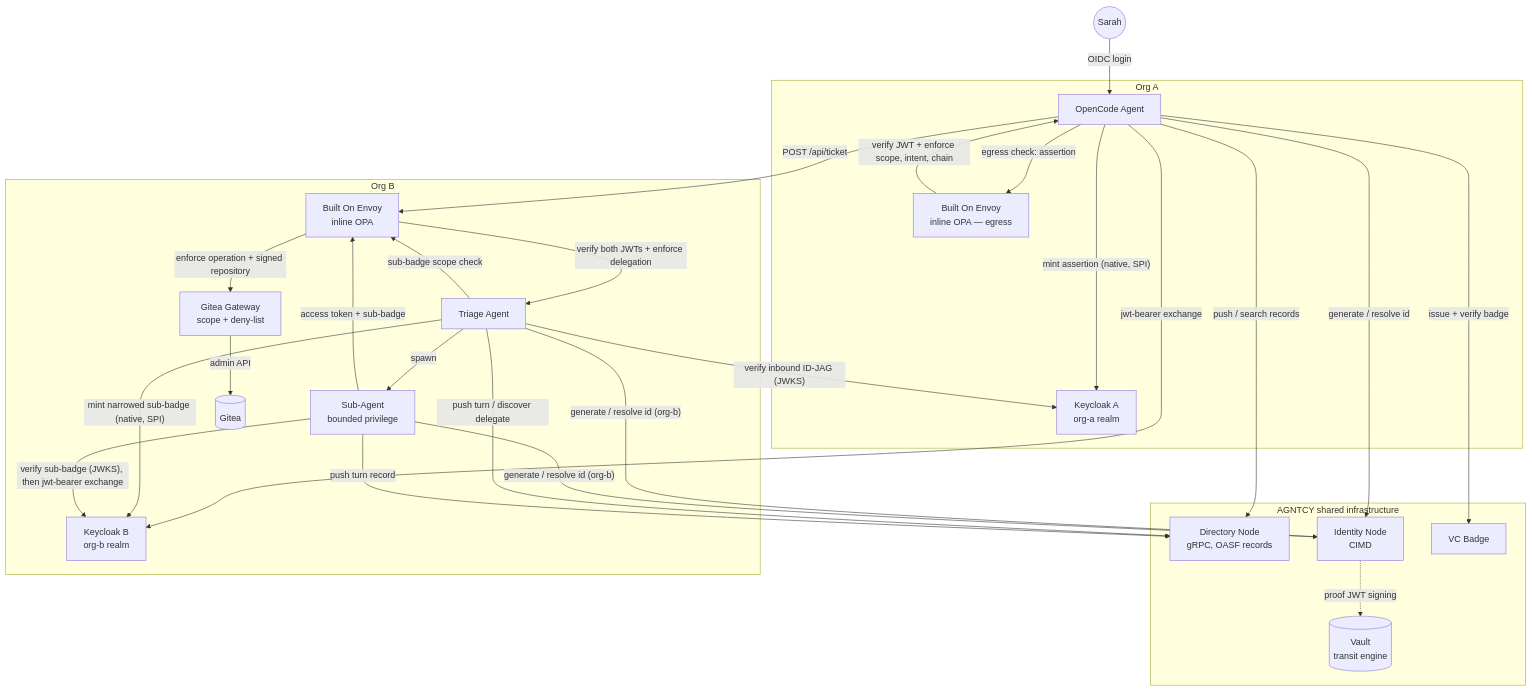
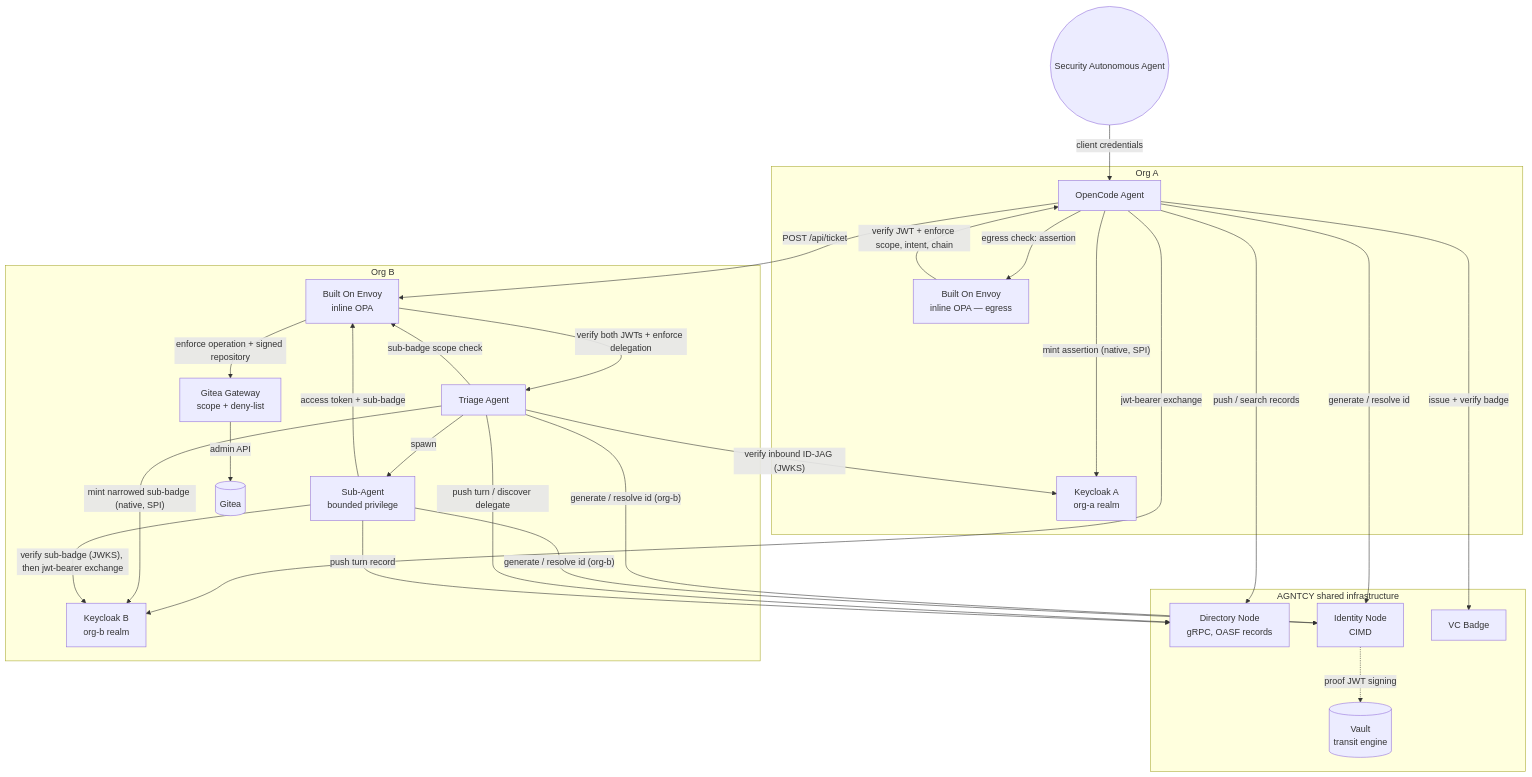
The diagram in docs/cross-domain/architecture.md (agntcy/agent-identity-demos), drawn with Mermaid before and after one commit. The commit also changed other lines of this file and 54 other files, not shown here.

````diff
--- a/docs/cross-domain/architecture.md
+++ b/docs/cross-domain/architecture.md
@@ -5,50 +5,50 @@
 ```mermaid
 flowchart TB
-    Sarah(("Sarah"))
+    SAA(("Security Autonomous Agent"))
 
     subgraph OrgA[" Org A "]
         KCA["Keycloak A\norg-a realm"]
         OC["OpenCode Agent"]
         EnvoyA["Built On Envoy\ninline OPA — egress"]
     end
 
     subgraph AGNTCY[" AGNTCY shared infrastructure "]
         Dir["Directory Node\ngRPC, OASF records"]
         IdNode["Identity Node\nCIMD"]
         Vault[("Vault\ntransit engine")]
         VC["VC Badge"]
     end
 
     subgraph OrgB[" Org B "]
         KCB["Keycloak B\norg-b realm"]
         Envoy["Built On Envoy\ninline OPA"]
         Triage["Triage Agent"]
         Sub["Sub-Agent\nbounded privilege"]
         GW["Gitea Gateway\nscope + deny-list"]
         Gitea[("Gitea")]
     end
 
-    Sarah -->|"OIDC login"| OC
+    SAA -->|"client credentials"| OC
     OC -->|"push / search records"| Dir
     OC -->|"generate / resolve id"| IdNode
     IdNode -.->|"proof JWT signing"| Vault
     OC -->|"issue + verify badge"| VC
     OC -->|"mint assertion (native, SPI)"| KCA
     OC -->|"egress check: assertion"| EnvoyA
     EnvoyA -->|"verify JWT + enforce scope, intent, chain"| OC
     OC -->|"jwt-bearer exchange"| KCB
     OC -->|"POST /api/ticket"| Envoy
     Envoy -->|"verify both JWTs + enforce delegation"| Triage
     Triage -->|"verify inbound ID-JAG (JWKS)"| KCA
     Triage -->|"generate / resolve id (org-b)"| IdNode
     Triage -->|"sub-badge scope check"| Envoy
     Triage -->|"mint narrowed sub-badge (native, SPI)"| KCB
     Triage -->|"push turn / discover delegate"| Dir
     Triage -->|"spawn"| Sub
     Sub -->|"verify sub-badge (JWKS), then jwt-bearer exchange"| KCB
     Sub -->|"generate / resolve id (org-b)"| IdNode
     Sub -->|"push turn record"| Dir
     Sub -->|"access token + sub-badge"| Envoy
     Envoy -->|"enforce operation + signed repository"| GW
     GW -->|"admin API"| Gitea
 ```
````
